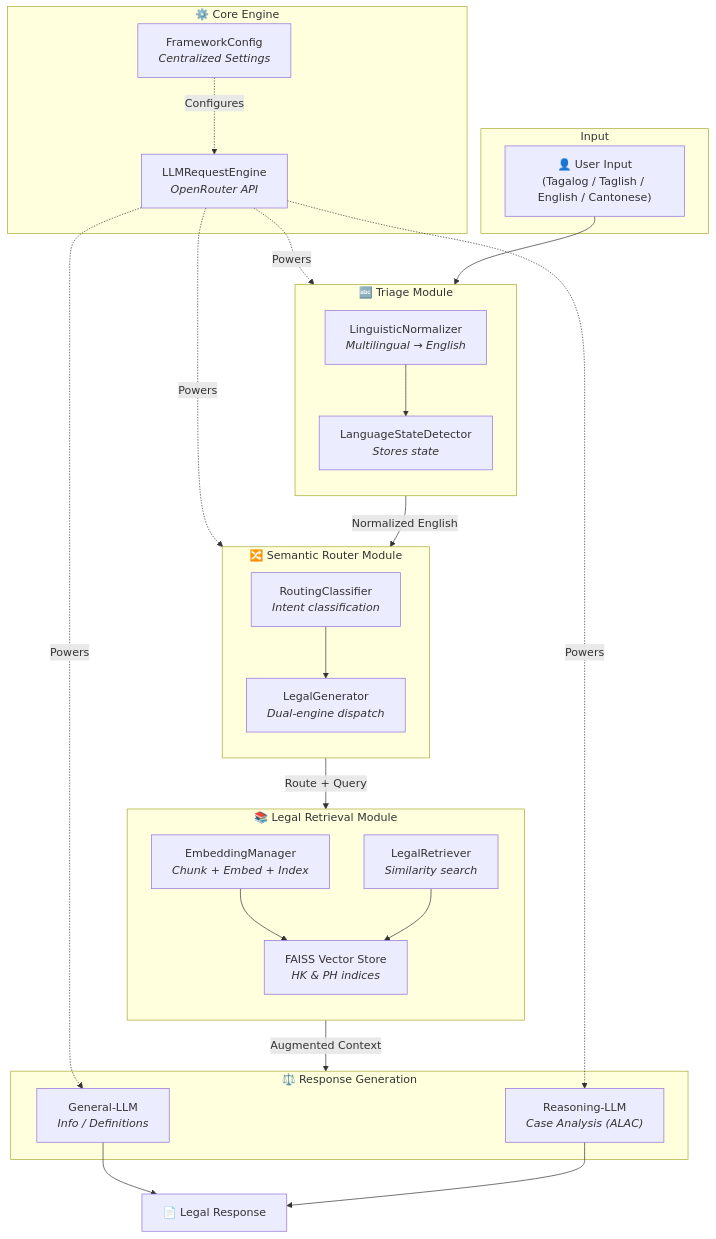
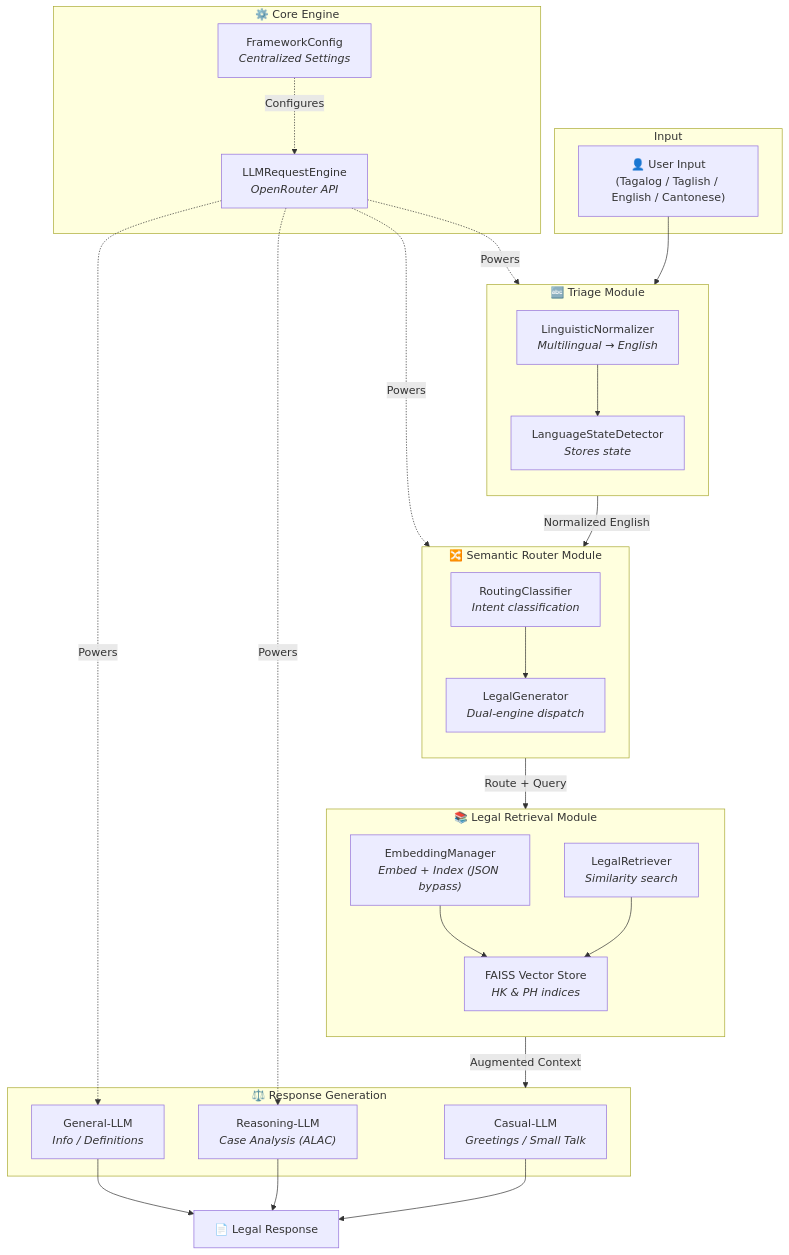
The diagram in docs/DOCUMENTATION.md (SLU-404FoundUs/Legal-Adaptive-Routing-Framework), drawn with Mermaid before and after one commit. The commit also changed other lines of this file and 23 other files, not shown here.

````diff
--- a/docs/DOCUMENTATION.md
+++ b/docs/DOCUMENTATION.md
@@ -23,52 +23,54 @@
 ```mermaid
 flowchart TD
     subgraph Input
         User["👤 User Input<br/>(Tagalog / Taglish / English / Cantonese)"]
     end
 
     subgraph Triage["🔤 Triage Module"]
         direction TB
         LN["LinguisticNormalizer<br/><i>Multilingual → English</i>"]
         LD["LanguageStateDetector<br/><i>Stores state</i>"]
         LN --> LD
     end
 
     subgraph Router["🔀 Semantic Router Module"]
         direction TB
         RC["RoutingClassifier<br/><i>Intent classification</i>"]
         LG["LegalGenerator<br/><i>Dual-engine dispatch</i>"]
         RC --> LG
     end
 
     subgraph RAG["📚 Legal Retrieval Module"]
         direction TB
-        EM["EmbeddingManager<br/><i>Chunk + Embed + Index</i>"]
+        EM["EmbeddingManager<br/><i>Embed + Index (JSON bypass)</i>"]
         LR["LegalRetriever<br/><i>Similarity search</i>"]
         FAISS["FAISS Vector Store<br/><i>HK & PH indices</i>"]
         EM --> FAISS
         LR --> FAISS
     end
 
     subgraph Generation["⚖️ Response Generation"]
+        CASUAL["Casual-LLM<br/><i>Greetings / Small Talk</i>"]
         GEN["General-LLM<br/><i>Info / Definitions</i>"]
         REAS["Reasoning-LLM<br/><i>Case Analysis (ALAC)</i>"]
     end
 
     subgraph Core["⚙️ Core Engine"]
         ENGINE["LLMRequestEngine<br/><i>OpenRouter API</i>"]
         CONFIG["FrameworkConfig<br/><i>Centralized Settings</i>"]
     end
 
     User --> Triage
     Triage -->|Normalized English| Router
     Router -->|Route + Query| RAG
     RAG -->|Augmented Context| Generation
-    GEN --> Response["📄 Legal Response"]
+    CASUAL --> Response["📄 Legal Response"]
+    GEN --> Response
     REAS --> Response
 
     ENGINE -.->|Powers| LN
     ENGINE -.->|Powers| RC
     ENGINE -.->|Powers| GEN
     ENGINE -.->|Powers| REAS
     CONFIG -.->|Configures| ENGINE
 ```
````
